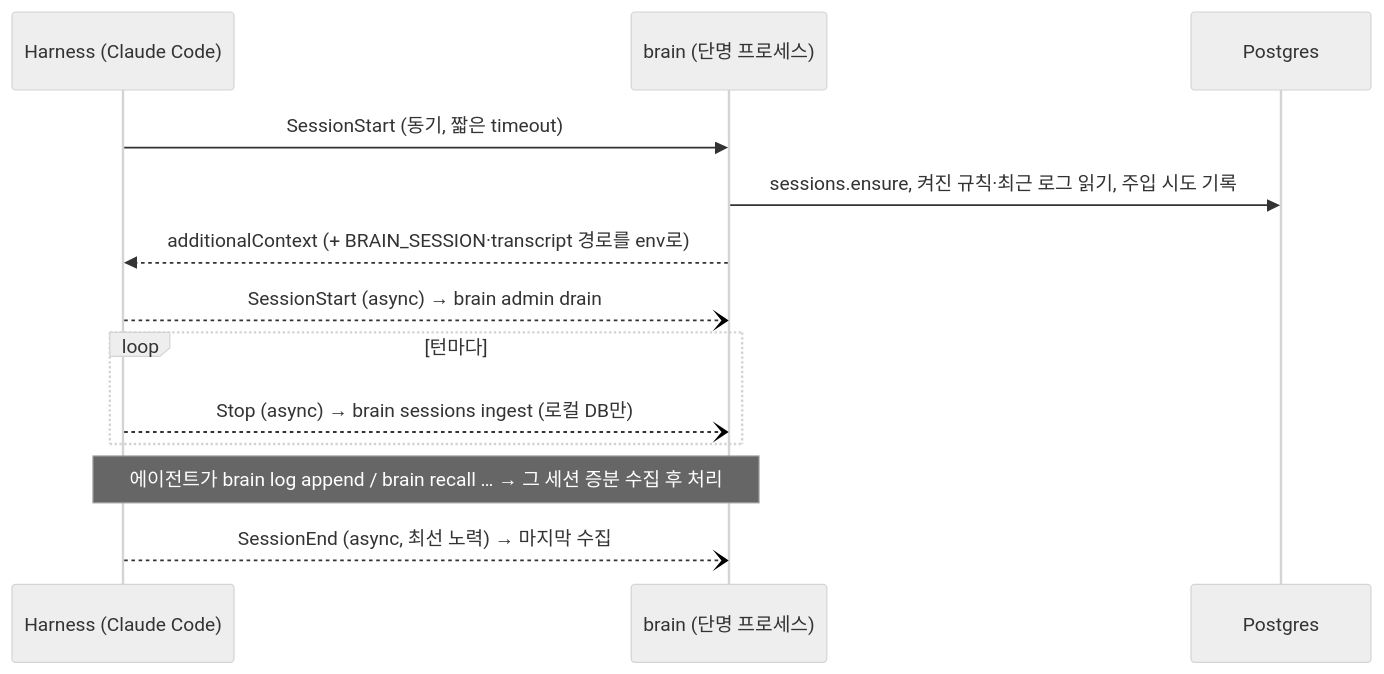
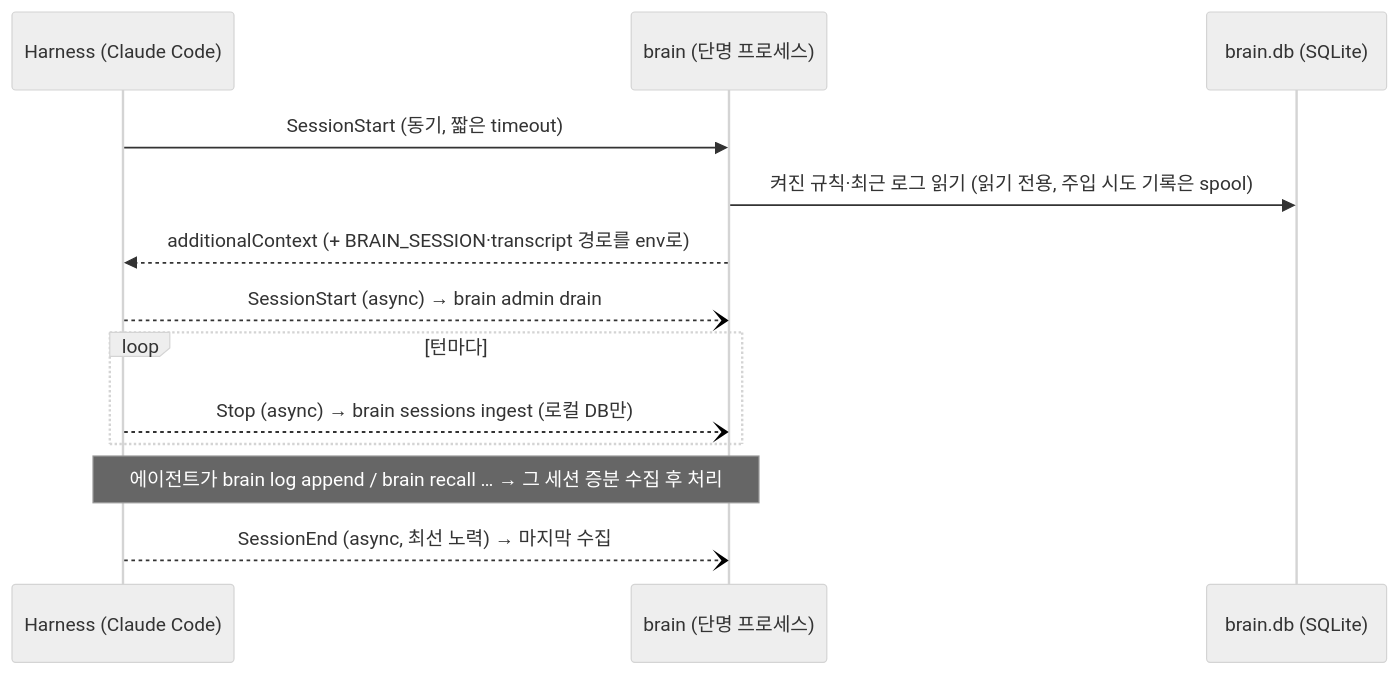
The second of 4 diagrams in _bmad-output/personal-brain/architecture-brain-v1-slice-1/architecture-brain-v1-slice-1.md (gmae199boy/second-brain), drawn with Mermaid (neutral theme) before and after one commit. The commit also changed other lines of this file and 8 other files, not shown here.

````diff
--- a/_bmad-output/personal-brain/architecture-brain-v1-slice-1/architecture-brain-v1-slice-1.md
+++ b/_bmad-output/personal-brain/architecture-brain-v1-slice-1/architecture-brain-v1-slice-1.md
@@ -111,15 +113,15 @@
 ```mermaid
 sequenceDiagram
   participant H as Harness (Claude Code)
   participant B as brain (단명 프로세스)
-  participant PG as Postgres
+  participant PG as brain.db (SQLite)
   H->>B: SessionStart (동기, 짧은 timeout)
-  B->>PG: sessions.ensure, 켜진 규칙·최근 로그 읽기, 주입 시도 기록
+  B->>PG: 켜진 규칙·최근 로그 읽기 (읽기 전용, 주입 시도 기록은 spool)
   B-->>H: additionalContext (+ BRAIN_SESSION·transcript 경로를 env로)
   H--)B: SessionStart (async) → brain admin drain
   loop 턴마다
     H--)B: Stop (async) → brain sessions ingest (로컬 DB만)
   end
   Note over H,B: 에이전트가 brain log append / brain recall … → 그 세션 증분 수집 후 처리
   H--)B: SessionEnd (async, 최선 노력) → 마지막 수집
 ```
````
